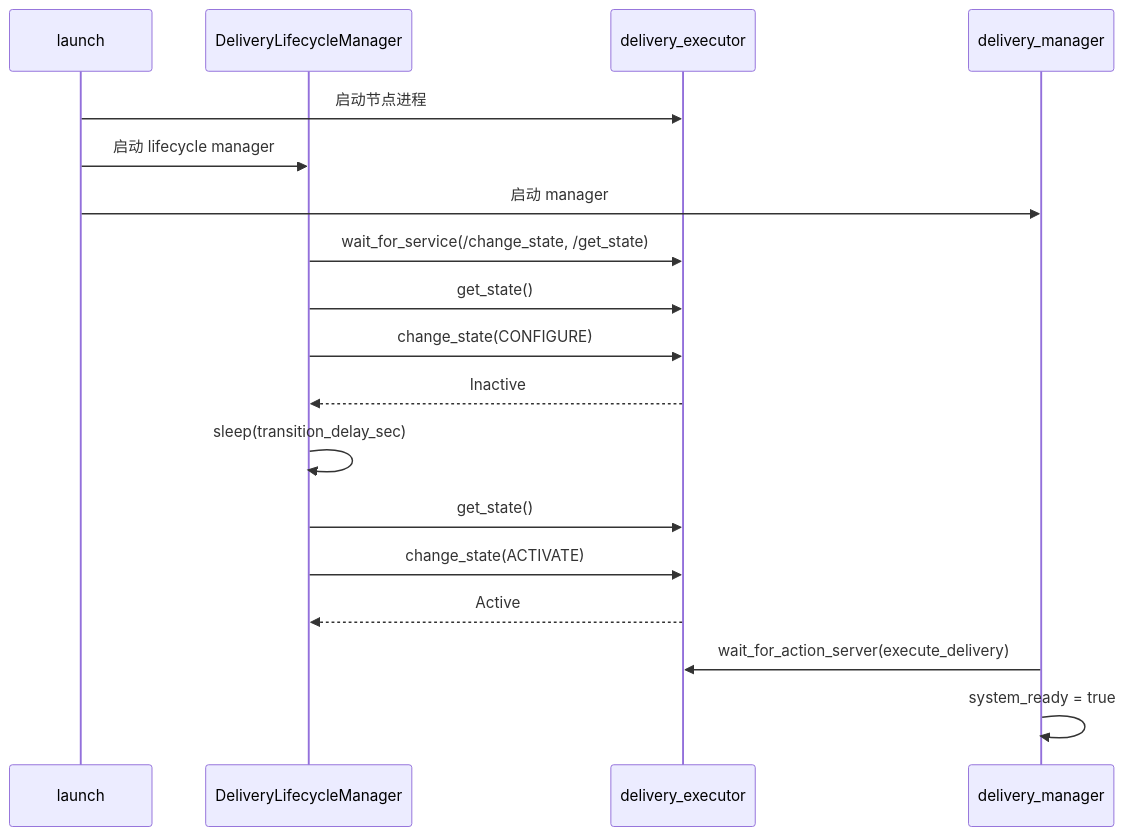
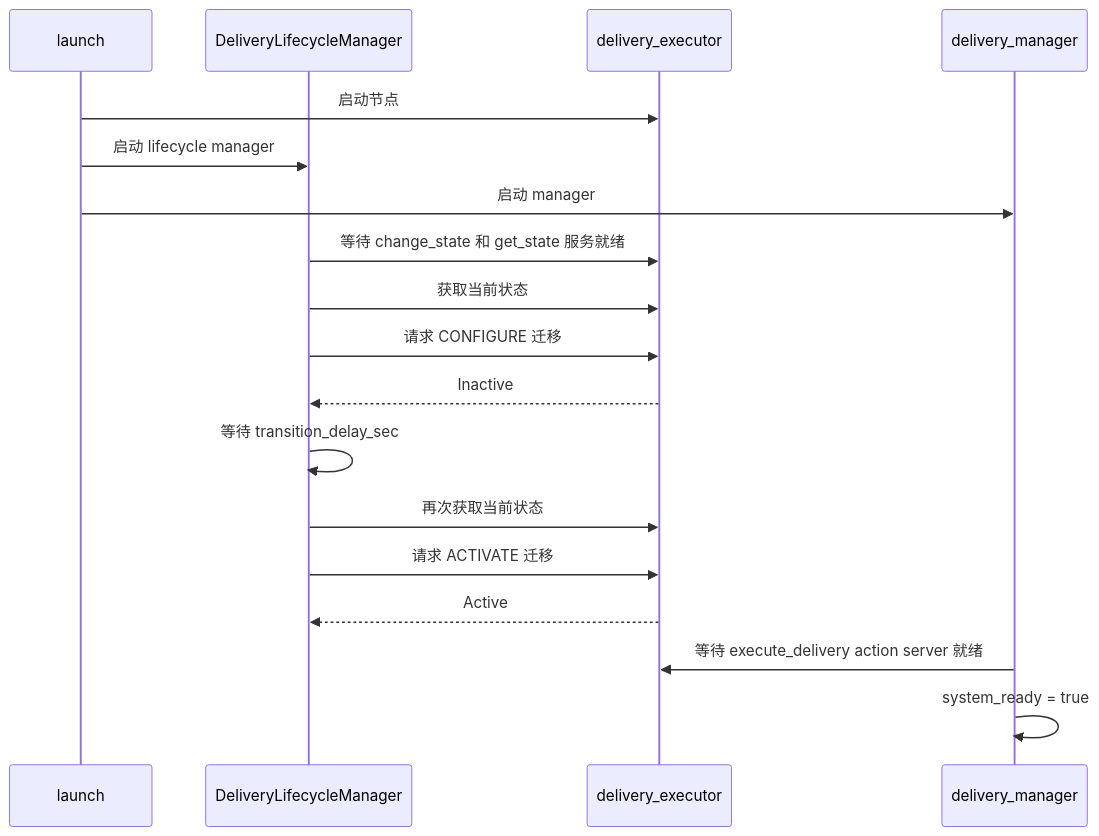
The eighth of 8 diagrams in docs/architecture.md (strawberry2333/ros2_delivery_robot), drawn with Mermaid before and after one commit. The commit also changed other lines of this file and 1 other file, not shown here.

Commit message:
更新文档与协作说明

````diff
--- a/docs/architecture.md
+++ b/docs/architecture.md
@@ -389,23 +389,23 @@
 ```mermaid
 sequenceDiagram
     participant Launch as launch
     participant LCM as DeliveryLifecycleManager
     participant Executor as delivery_executor
     participant Manager as delivery_manager
 
-    Launch->>Executor: 启动节点进程
+    Launch->>Executor: 启动节点
     Launch->>LCM: 启动 lifecycle manager
     Launch->>Manager: 启动 manager
 
-    LCM->>Executor: wait_for_service(/change_state, /get_state)
-    LCM->>Executor: get_state()
-    LCM->>Executor: change_state(CONFIGURE)
+    LCM->>Executor: 等待 change_state 和 get_state 服务就绪
+    LCM->>Executor: 获取当前状态
+    LCM->>Executor: 请求 CONFIGURE 迁移
     Executor-->>LCM: Inactive
-    LCM->>LCM: sleep(transition_delay_sec)
-    LCM->>Executor: get_state()
-    LCM->>Executor: change_state(ACTIVATE)
+    LCM->>LCM: 等待 transition_delay_sec
+    LCM->>Executor: 再次获取当前状态
+    LCM->>Executor: 请求 ACTIVATE 迁移
     Executor-->>LCM: Active
 
-    Manager->>Executor: wait_for_action_server(execute_delivery)
+    Manager->>Executor: 等待 execute_delivery action server 就绪
     Manager->>Manager: system_ready = true
 ```
````
